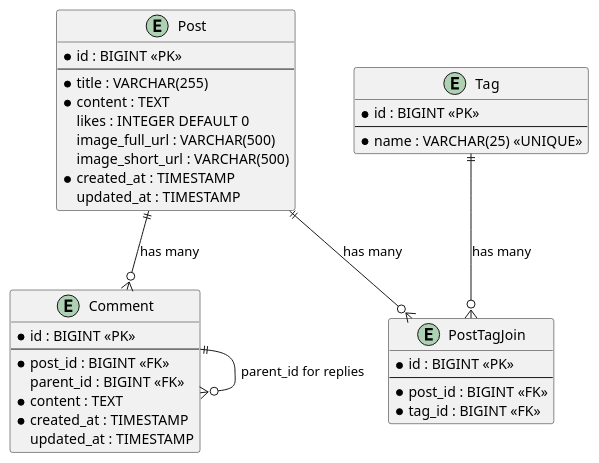
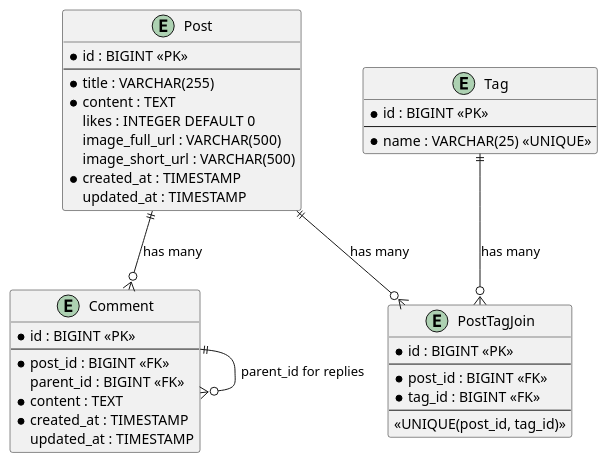
One commit to ksa-git-01/middle-java-sprint-3 changed the diagram in src/main/diagrams/er-diagram.puml. Above: the diagram before and after it, drawn with PlantUML.

Commit message:
update er diagram

```diff
--- a/src/main/diagrams/er-diagram.puml
+++ b/src/main/diagrams/er-diagram.puml
@@ -1,41 +1,43 @@
 @startuml
 entity Post {
   * id : BIGINT <<PK>>
   --
   * title : VARCHAR(255)
   * content : TEXT
   likes : INTEGER DEFAULT 0
   image_full_url : VARCHAR(500)
   image_short_url : VARCHAR(500)
   * created_at : TIMESTAMP
   updated_at : TIMESTAMP
 }
 
 entity Comment {
   * id : BIGINT <<PK>>
   --
   * post_id : BIGINT <<FK>>
   parent_id : BIGINT <<FK>>
   * content : TEXT
   * created_at : TIMESTAMP
   updated_at : TIMESTAMP
 }
 
 entity Tag {
   * id : BIGINT <<PK>>
   --
   * name : VARCHAR(25) <<UNIQUE>>
 }
 
 entity PostTagJoin {
   * id : BIGINT <<PK>>
   --
   * post_id : BIGINT <<FK>>
   * tag_id : BIGINT <<FK>>
+  --
+  <<UNIQUE(post_id, tag_id)>>
 }
 
 Post ||--o{ Comment : "has many"
 Post ||--o{ PostTagJoin : "has many"
 Tag ||--o{ PostTagJoin : "has many"
 Comment ||--o{ Comment : "parent_id for replies"
 @enduml
```
